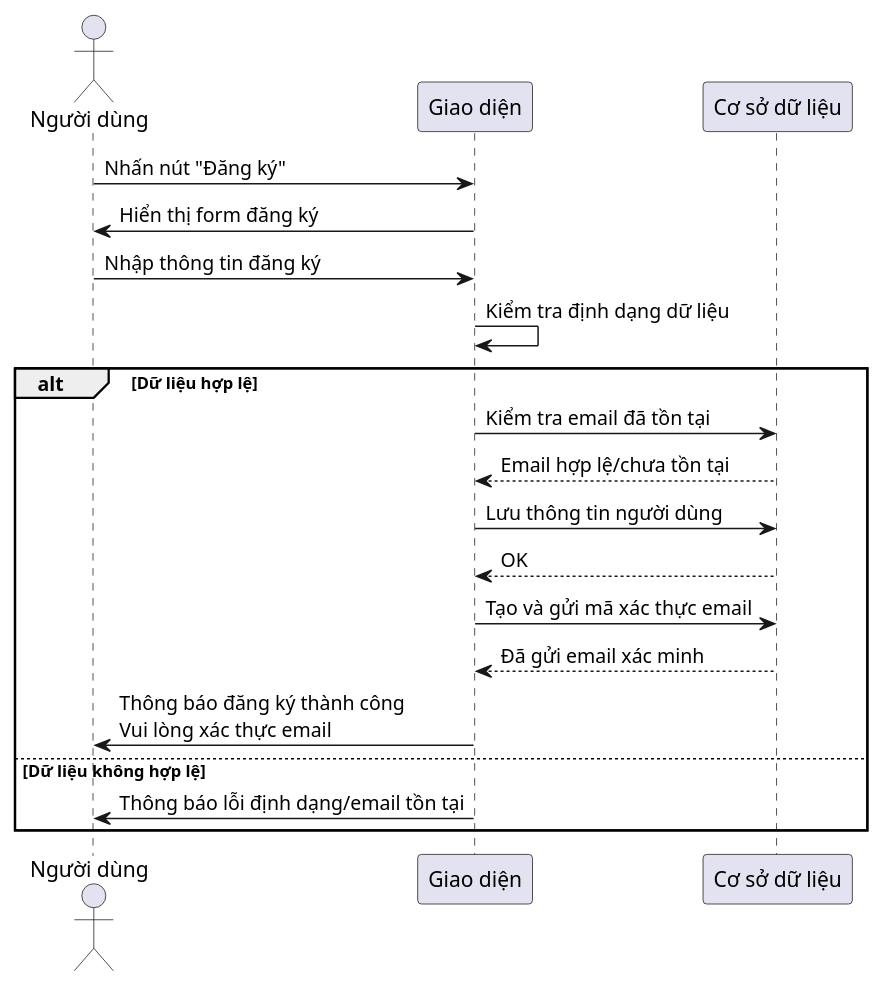
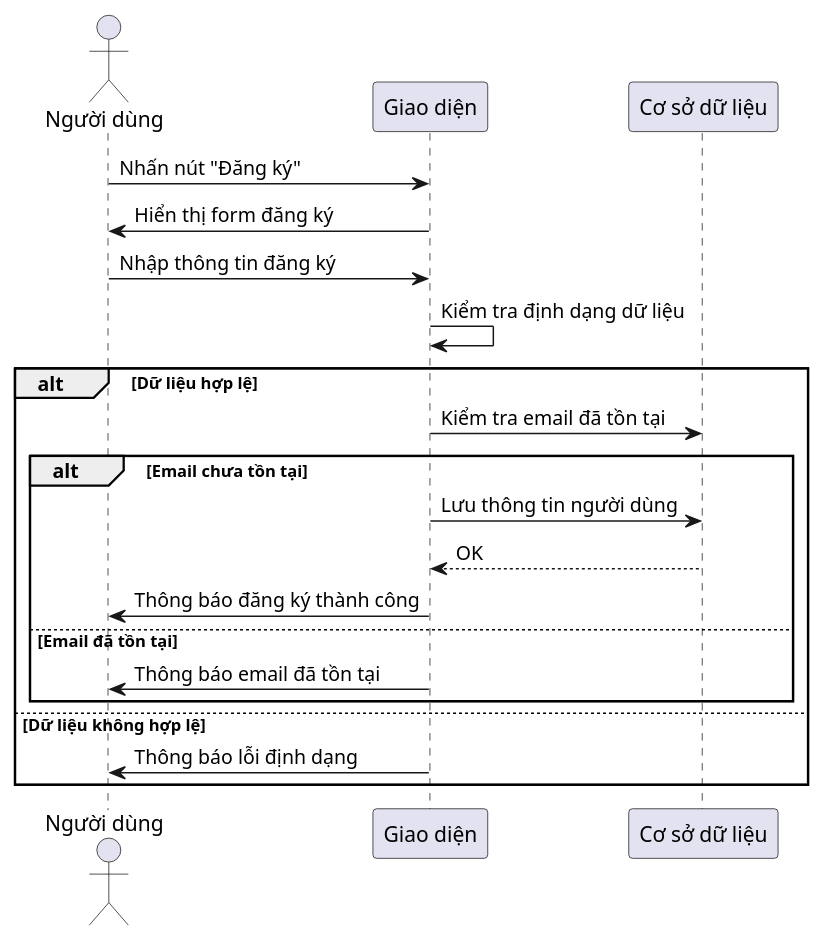
Before and after one commit to Gragy08/DADN_GQ: the diagram in UML/signup_sequence.plantuml, drawn with PlantUML. The commit also changed 14 other files, not shown here.

```diff
--- a/UML/signup_sequence.plantuml
+++ b/UML/signup_sequence.plantuml
@@ -1,25 +1,23 @@
 @startuml
 actor "Người dùng" as User
 participant "Giao diện" as UI
 participant "Cơ sở dữ liệu" as DB
 
 User -> UI : Nhấn nút "Đăng ký"
 UI -> User : Hiển thị form đăng ký
 User -> UI : Nhập thông tin đăng ký
 UI -> UI : Kiểm tra định dạng dữ liệu
 
 alt Dữ liệu hợp lệ
     UI -> DB : Kiểm tra email đã tồn tại
-    DB --> UI : Email hợp lệ/chưa tồn tại
-
-    UI -> DB : Lưu thông tin người dùng
-    DB --> UI : OK
-
-    UI -> DB : Tạo và gửi mã xác thực email
-    DB --> UI : Đã gửi email xác minh
-
-    UI -> User : Thông báo đăng ký thành công\nVui lòng xác thực email
+    alt Email chưa tồn tại
+        UI -> DB : Lưu thông tin người dùng
+        DB --> UI : OK
+        UI -> User : Thông báo đăng ký thành công
+    else Email đã tồn tại
+        UI -> User : Thông báo email đã tồn tại
+    end
 else Dữ liệu không hợp lệ
-    UI -> User : Thông báo lỗi định dạng/email tồn tại
+    UI -> User : Thông báo lỗi định dạng
 end
 @enduml
```
